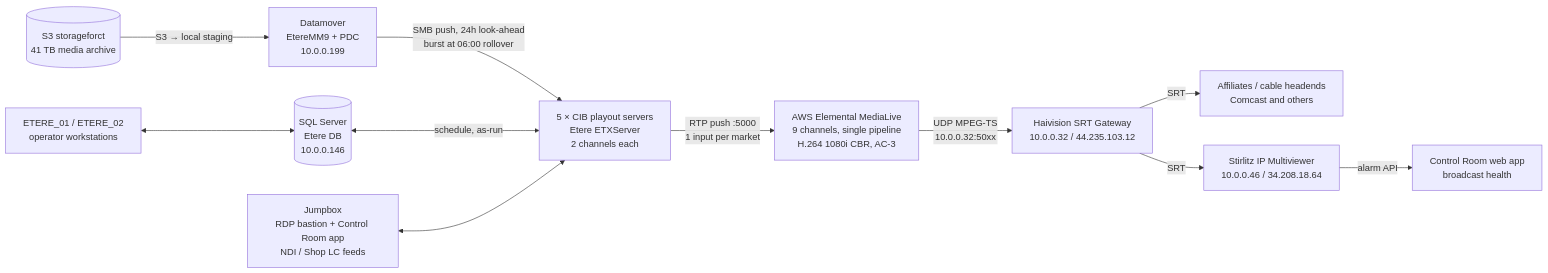
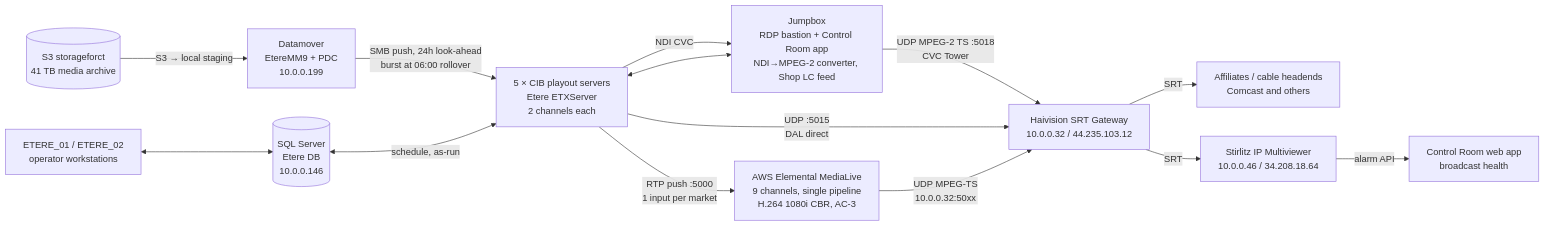
Before and after one commit to LHCrossings/ctv-orderentry: the diagram in docs/aws-environment-signal-flow.md, drawn with Mermaid. The commit also changed other lines of this file, not shown here.

Commit message:
docs(aws-signal-flow): CVC Tower path = Etere AU NDI → Jumpbox MPEG-2 converter → Haivision :5018 (settings); WDC→MMT leftover removed by Lee; diagram shows the two non-MediaLive paths

````diff
--- a/docs/aws-environment-signal-flow.md
+++ b/docs/aws-environment-signal-flow.md
@@ -20,13 +20,16 @@
 ```mermaid
 flowchart LR
     S3[(S3 storageforct<br/>41 TB media archive)] -->|S3 → local staging| DM[Datamover<br/>EtereMM9 + PDC<br/>10.0.0.199]
     DM -->|SMB push, 24h look-ahead<br/>burst at 06:00 rollover| CIB[5 × CIB playout servers<br/>Etere ETXServer<br/>2 channels each]
     SQL[(SQL Server<br/>Etere DB<br/>10.0.0.146)] <-->|schedule, as-run| CIB
     ET[ETERE_01 / ETERE_02<br/>operator workstations] <--> SQL
-    JB[Jumpbox<br/>RDP bastion + Control Room app<br/>NDI / Shop LC feeds] <--> CIB
+    JB[Jumpbox<br/>RDP bastion + Control Room app<br/>NDI→MPEG-2 converter, Shop LC feed] <--> CIB
+    CIB -->|NDI CVC| JB
+    JB -->|UDP MPEG-2 TS :5018<br/>CVC Tower| HV
+    CIB -->|UDP :5015<br/>DAL direct| HV
     CIB -->|RTP push :5000<br/>1 input per market| ML[AWS Elemental MediaLive<br/>9 channels, single pipeline<br/>H.264 1080i CBR, AC-3]
     ML -->|UDP MPEG-TS<br/>10.0.0.32:50xx| HV[Haivision SRT Gateway<br/>10.0.0.32 / 44.235.103.12]
     HV -->|SRT| AFF[Affiliates / cable headends<br/>Comcast and others]
     HV -->|SRT| MV[Stirlitz IP Multiviewer<br/>10.0.0.46 / 34.208.18.64]
     MV -->|alarm API| CR[Control Room web app<br/>broadcast health]
 ```
````
